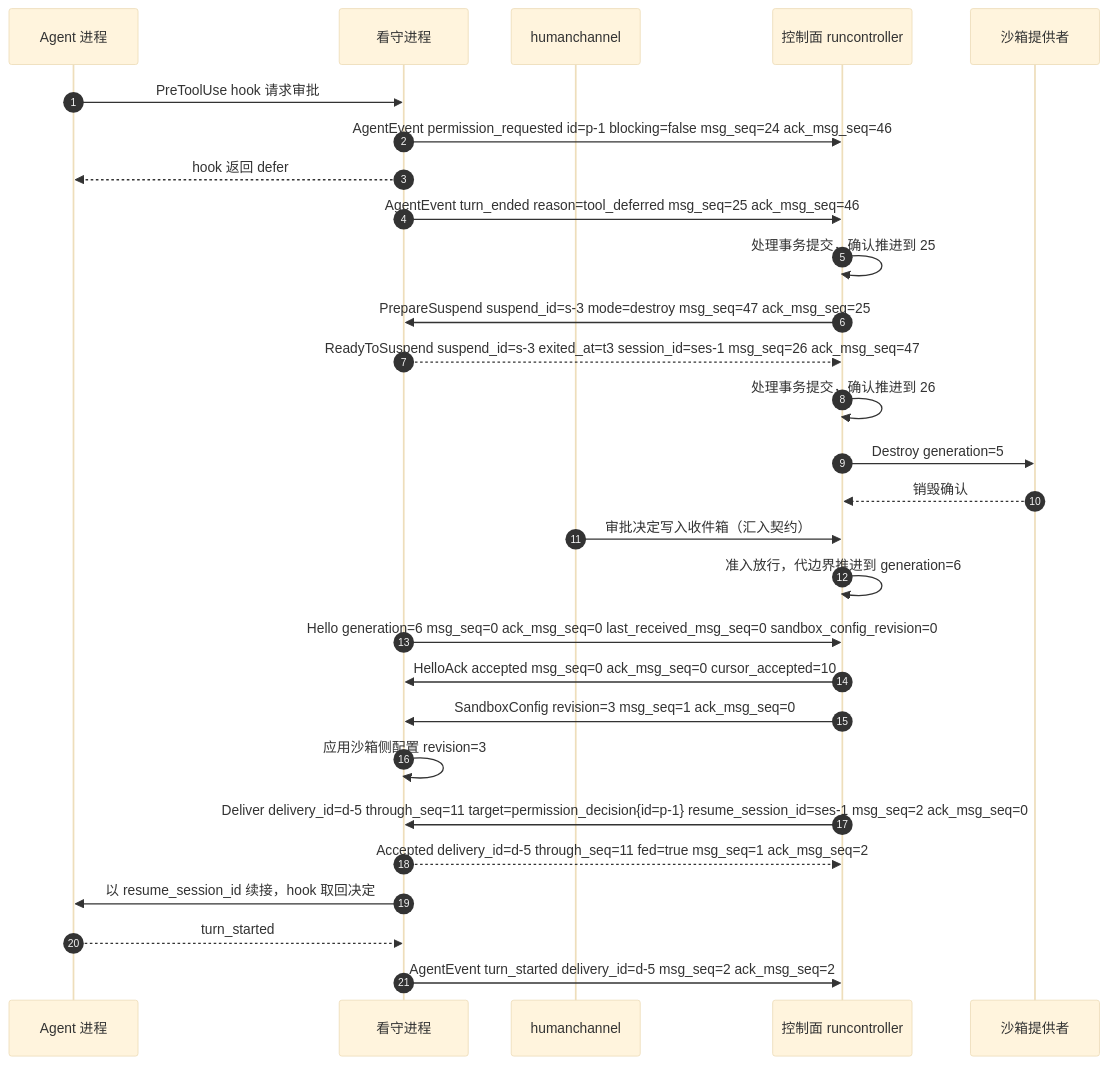
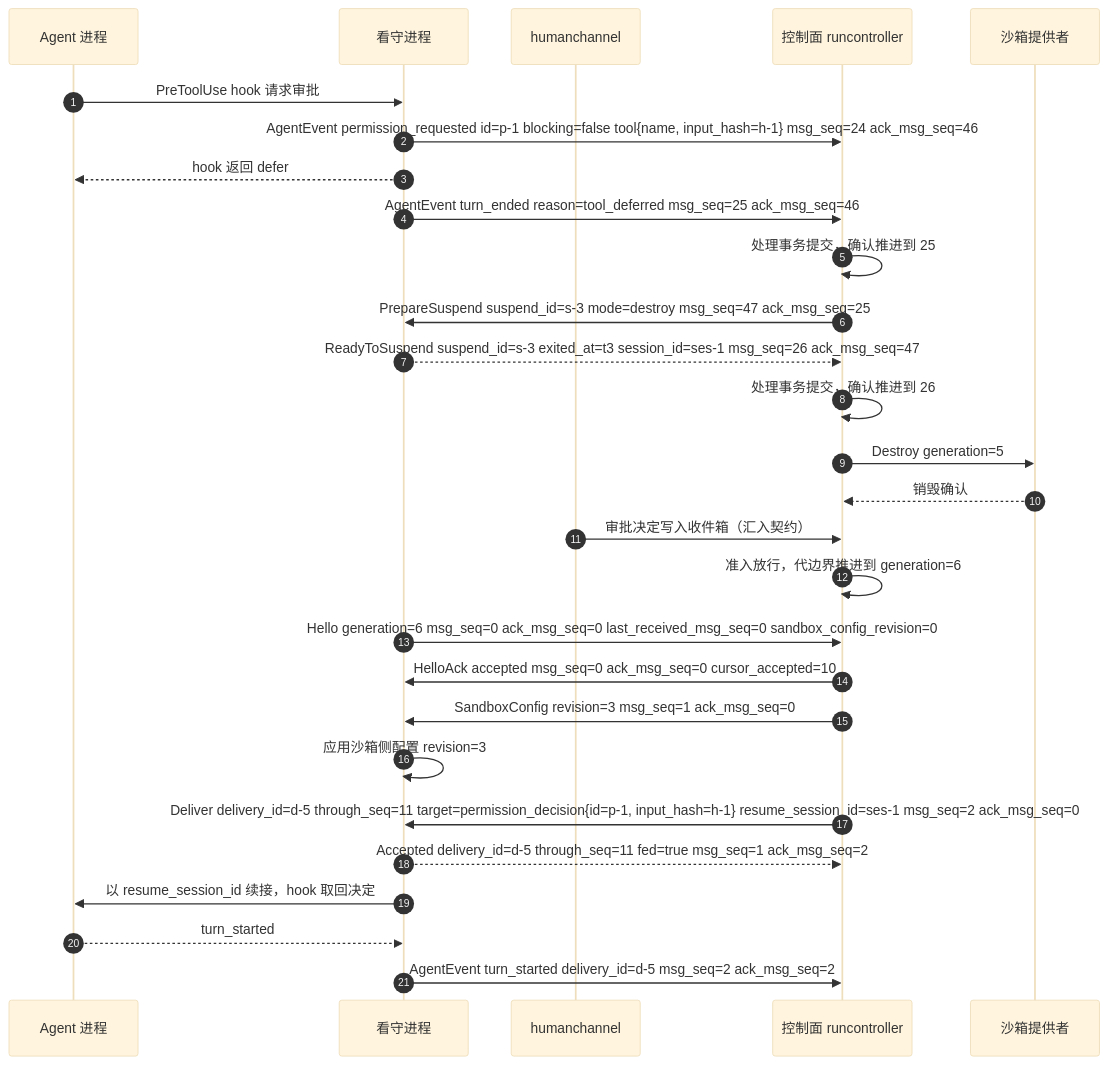
One commit to wangzw/castworks changed the fifth of 8 diagrams in docs/design/modules/design-agentprotocol.md. Above: the diagram before and after it, drawn with Mermaid (base theme). The commit also changed other lines of this file and 29 other files, not shown here.

````diff
--- a/docs/design/modules/design-agentprotocol.md
+++ b/docs/design/modules/design-agentprotocol.md
@@ -448,30 +491,30 @@
 ```mermaid
 sequenceDiagram
     autonumber
     participant A as Agent 进程
     participant W as 看守进程
     participant H as humanchannel
     participant R as 控制面 runcontroller
     participant P as 沙箱提供者
     A->>W: PreToolUse hook 请求审批
-    W->>R: AgentEvent permission_requested id=p-1 blocking=false msg_seq=24 ack_msg_seq=46
+    W->>R: AgentEvent permission_requested id=p-1 blocking=false tool{name, input_hash=h-1} msg_seq=24 ack_msg_seq=46
     W-->>A: hook 返回 defer
     W->>R: AgentEvent turn_ended reason=tool_deferred msg_seq=25 ack_msg_seq=46
     R->>R: 处理事务提交，确认推进到 25
     R->>W: PrepareSuspend suspend_id=s-3 mode=destroy msg_seq=47 ack_msg_seq=25
     W-->>R: ReadyToSuspend suspend_id=s-3 exited_at=t3 session_id=ses-1 msg_seq=26 ack_msg_seq=47
     R->>R: 处理事务提交，确认推进到 26
     R->>P: Destroy generation=5
     P-->>R: 销毁确认
     H->>R: 审批决定写入收件箱（汇入契约）
     R->>R: 准入放行，代边界推进到 generation=6
     W->>R: Hello generation=6 msg_seq=0 ack_msg_seq=0 last_received_msg_seq=0 sandbox_config_revision=0
     R->>W: HelloAck accepted msg_seq=0 ack_msg_seq=0 cursor_accepted=10
     R->>W: SandboxConfig revision=3 msg_seq=1 ack_msg_seq=0
     W->>W: 应用沙箱侧配置 revision=3
-    R->>W: Deliver delivery_id=d-5 through_seq=11 target=permission_decision{id=p-1} resume_session_id=ses-1 msg_seq=2 ack_msg_seq=0
+    R->>W: Deliver delivery_id=d-5 through_seq=11 target=permission_decision{id=p-1, input_hash=h-1} resume_session_id=ses-1 msg_seq=2 ack_msg_seq=0
     W-->>R: Accepted delivery_id=d-5 through_seq=11 fed=true msg_seq=1 ack_msg_seq=2
     W->>A: 以 resume_session_id 续接，hook 取回决定
     A-->>W: turn_started
     W->>R: AgentEvent turn_started delivery_id=d-5 msg_seq=2 ack_msg_seq=2
 ```
````
